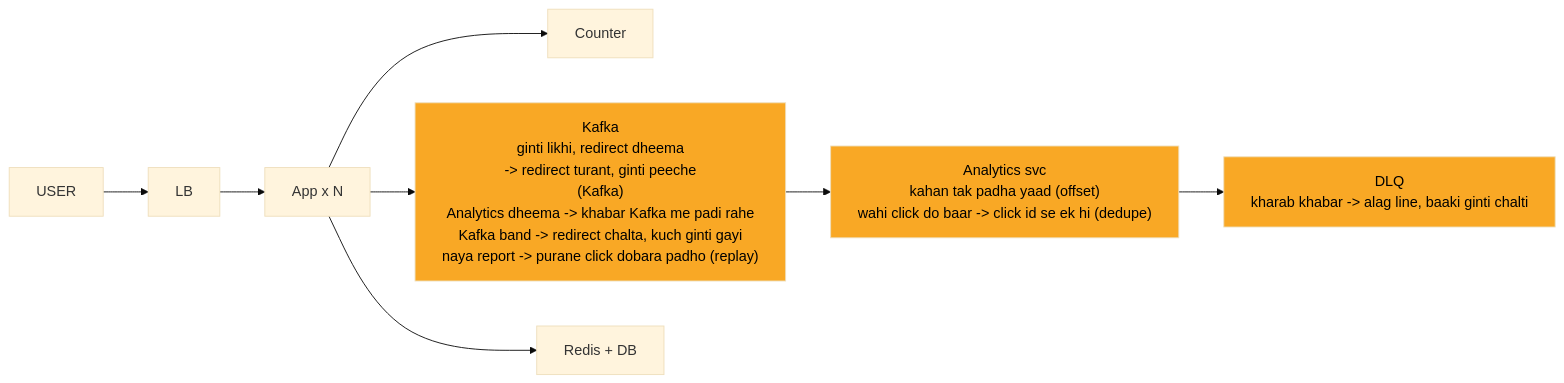
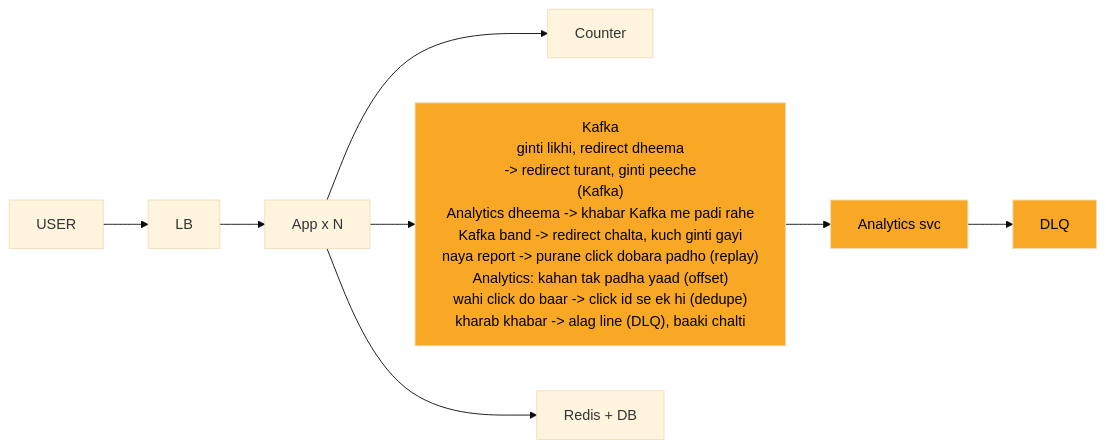
One commit to ArpanMaheshwari144/Prep changed the fifth of 10 diagrams in 04_HLD/SYSTEM_DESIGNS/01_url_shortener/01_url_shortener.md. Above: the diagram before and after it, drawn with Mermaid (base theme).

Commit message:
url shortener card 4: saari SAFAR line Kafka dabbe me, diagram patla

````diff
--- a/04_HLD/SYSTEM_DESIGNS/01_url_shortener/01_url_shortener.md
+++ b/04_HLD/SYSTEM_DESIGNS/01_url_shortener/01_url_shortener.md
@@ -229,22 +229,22 @@
 ```mermaid
 %%{init: {"flowchart": {"wrappingWidth": 450}}}%%
 flowchart LR
     n_USER["USER"]
     n_LB["LB"]
     n_App_xN["App x N"]
     n_Counter["Counter"]
-    n_Kafka["Kafka<br/>ginti likhi, redirect dheema<br/>-> redirect turant, ginti peeche<br/>(Kafka)<br/>Analytics dheema -> khabar Kafka me padi rahe<br/>Kafka band -> redirect chalta, kuch ginti gayi<br/>naya report -> purane click dobara padho (replay)"]
-    n_Analytics_svc["Analytics svc<br/>kahan tak padha yaad (offset)<br/>wahi click do baar -> click id se ek hi (dedupe)"]
-    n_DLQ["DLQ<br/>kharab khabar -> alag line, baaki ginti chalti"]
+    n_Kafka["Kafka<br/>ginti likhi, redirect dheema<br/>-> redirect turant, ginti peeche<br/>(Kafka)<br/>Analytics dheema -> khabar Kafka me padi rahe<br/>Kafka band -> redirect chalta, kuch ginti gayi<br/>naya report -> purane click dobara padho (replay)<br/>Analytics: kahan tak padha yaad (offset)<br/>wahi click do baar -> click id se ek hi (dedupe)<br/>kharab khabar -> alag line (DLQ), baaki chalti"]
+    n_Analytics_svc["Analytics svc"]
+    n_DLQ["DLQ"]
     n_RD["Redis + DB"]
     n_USER --> n_LB
     n_LB --> n_App_xN
     n_App_xN --> n_Counter
     n_App_xN --> n_Kafka
     n_App_xN --> n_RD
     n_Kafka --> n_Analytics_svc
     n_Analytics_svc --> n_DLQ
     style n_Kafka fill:#f9a825,color:#000
     style n_Analytics_svc fill:#f9a825,color:#000
     style n_DLQ fill:#f9a825,color:#000
 ```
````
